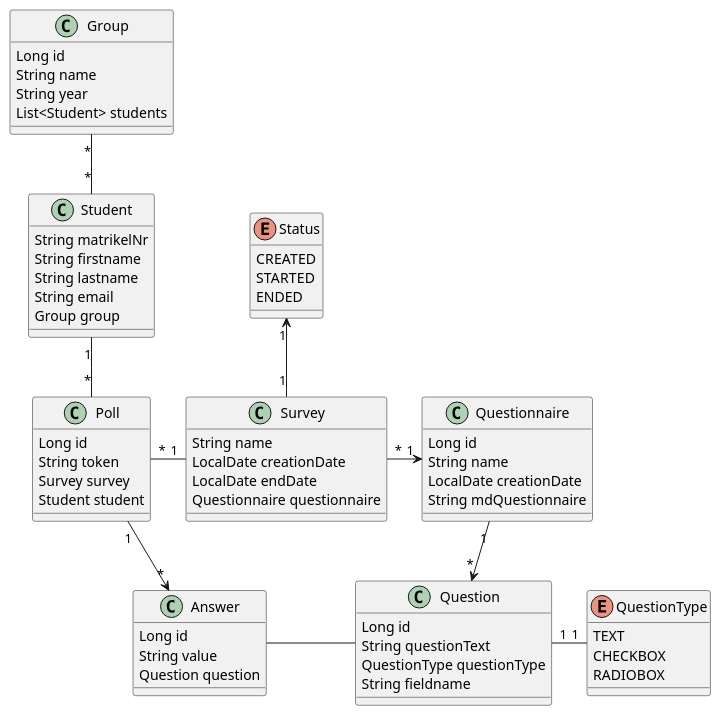
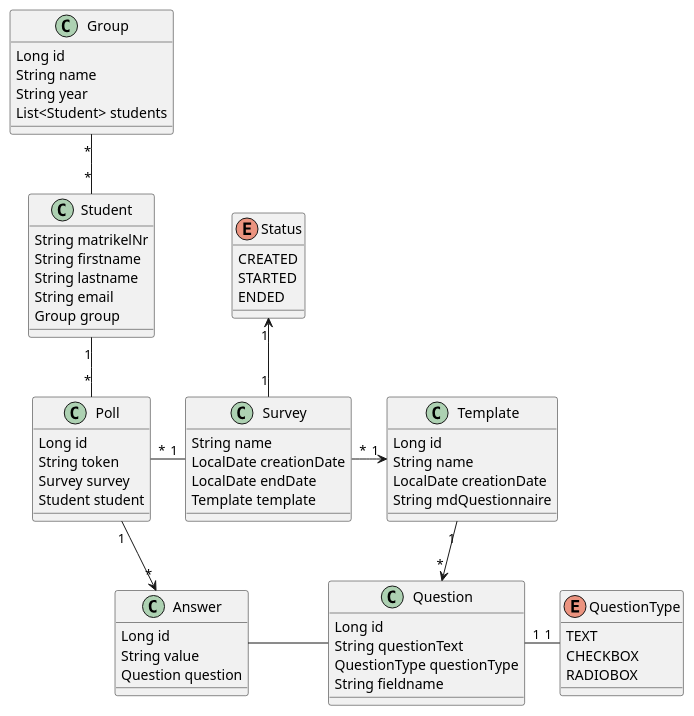
One commit to merisbsc/LeoForms changed the diagram in asciidocs/cld.puml. Above: the diagram before and after it, drawn with PlantUML.

Commit message:
changed CLD to Template

```diff
--- a/asciidocs/cld.puml
+++ b/asciidocs/cld.puml
@@ -1,77 +1,77 @@
 @startuml
 
 class Group {
 Long id
 String name
 String year
 List<Student> students
 }
 
 class Student {
 String matrikelNr
 String firstname
 String lastname
 String email
 Group group
 }
 
 class Poll{
 Long id
 String token
 Survey survey
 Student student
 }
 
 class Answer {
 Long id
 String value
 Question question
 }
 
 class Question {
 Long id
 String questionText
 QuestionType questionType
 String fieldname
 }
 
-class Questionnaire {
+class Template {
 Long id
 String name
 LocalDate creationDate
 String mdQuestionnaire
 }
 
 class Survey {
 String name
 LocalDate creationDate
 LocalDate endDate
-Questionnaire questionnaire
+Template template
 }
 
 enum Status {
 CREATED
 STARTED
 ENDED
 }
 
 enum QuestionType {
 TEXT
 CHECKBOX
 RADIOBOX
 
 }
 
 
 Group "*" -- "*" Student
 Student "1" -- "*" Poll
 Poll "*" -right- "1" Survey
 Poll "1" --> "*" Answer
 Survey "1" -up-> "1" Status
-Survey "*" -right-> "1" Questionnaire
-Questionnaire "1" --> "*" Question
+Survey "*" -right-> "1" Template
+Template "1" --> "*" Question
 Question -left- Answer
 Question "1" -right- "1" QuestionType
 
 
 @enduml
```
